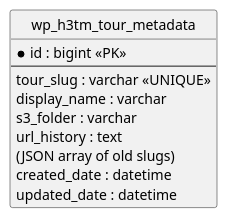
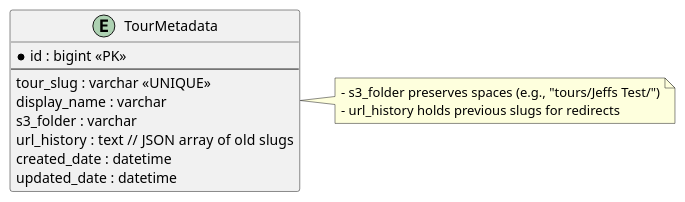
One commit to jefferykarbowski/h3-tour-management changed the fourth of 6 diagrams in .codemachine/plan/architecture.md. Above: the diagram before and after it, drawn with PlantUML. The commit also changed other lines of this file and 29 other files, not shown here.

```diff
--- a/.codemachine/plan/architecture.md
+++ b/.codemachine/plan/architecture.md
@@ -180,17 +158,19 @@
     ~~~plantuml
     @startuml
-    hide circle
-
-    entity "wp_h3tm_tour_metadata" as TourMetadata {
-      * id : bigint <<PK>>
+    entity TourMetadata {
+      *id : bigint <<PK>>
       --
       tour_slug : varchar <<UNIQUE>>
       display_name : varchar
       s3_folder : varchar
-      url_history : text  \n(JSON array of old slugs)
+      url_history : text  // JSON array of old slugs
       created_date : datetime
       updated_date : datetime
     }
 
+    note right of TourMetadata
+      - s3_folder preserves spaces (e.g., "tours/Jeffs Test/")
+      - url_history holds previous slugs for redirects
+    end note
     @enduml
     ~~~
```
